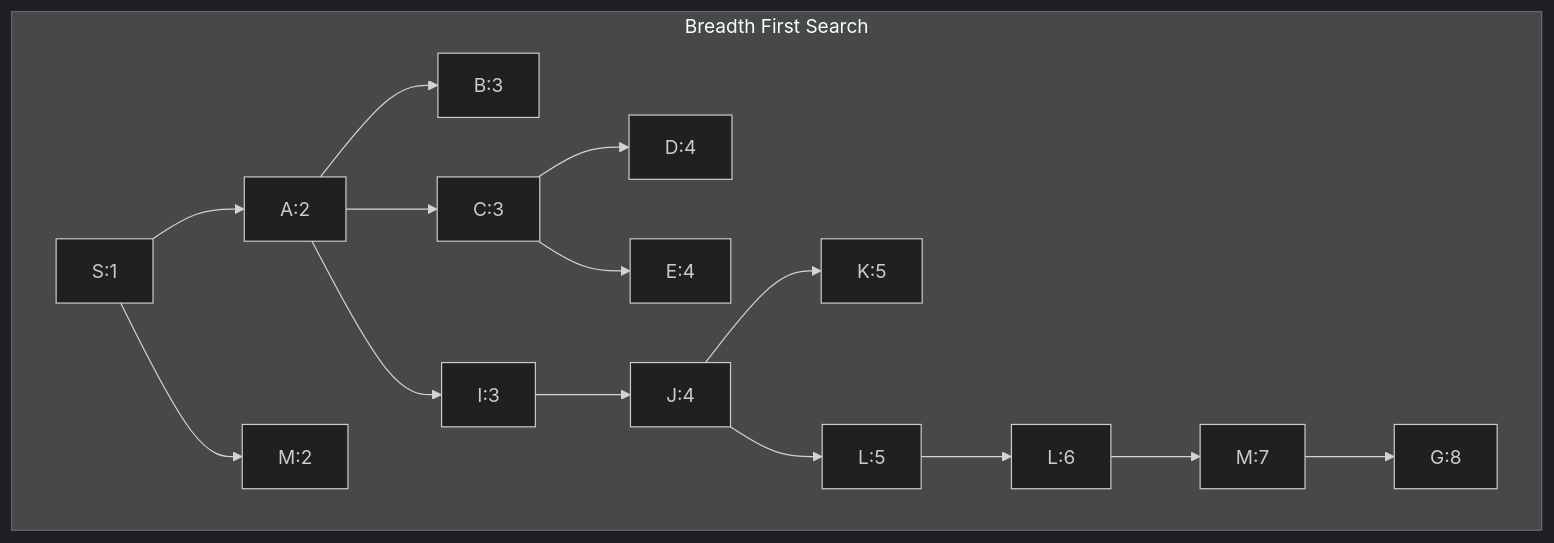
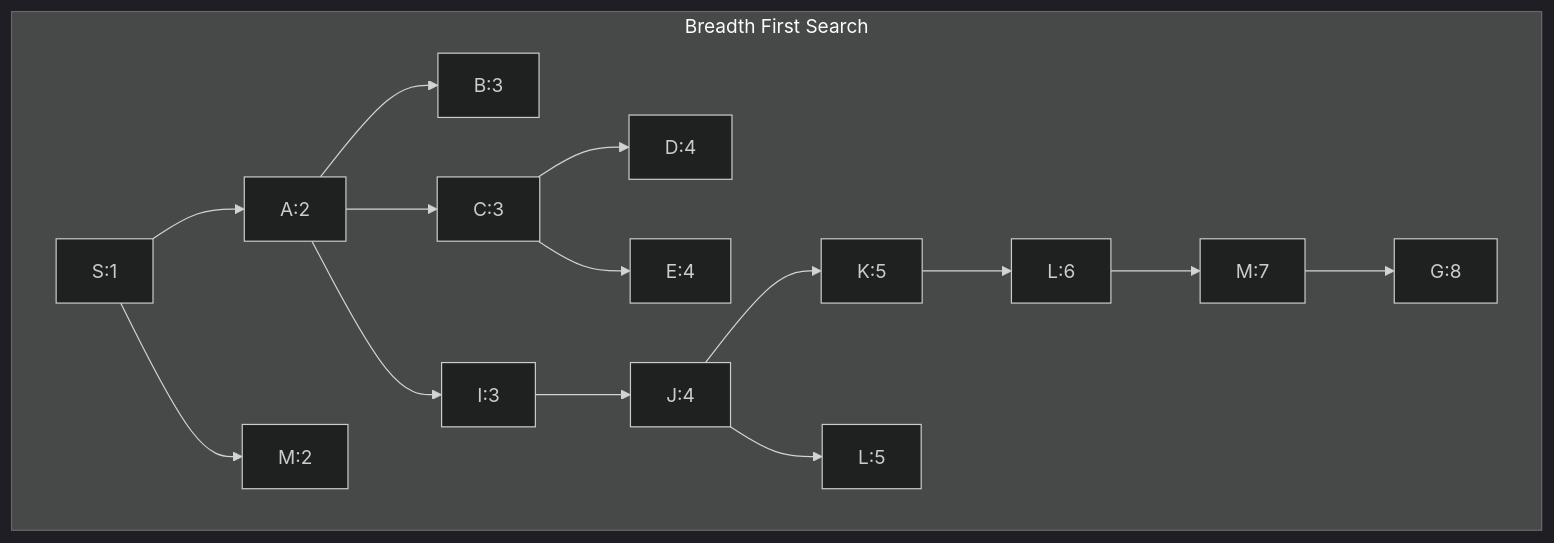
One commit to webJdi/AAI_501_Assignments changed the diagram in BreadthFirstSearch.md. Above: the diagram before and after it, drawn with Mermaid (dark theme). The commit also changed 1 other file, not shown here.

Commit message:
Corrected BFS

```diff
--- a/BreadthFirstSearch.md
+++ b/BreadthFirstSearch.md
@@ -2,34 +2,34 @@
 ::: mermaid
 graph TD
     subgraph "Breadth First Search"
     S1[S:1]
     A1[A:2]
     M1[M:2]
     B1[B:3]
     C1[C:3]
     I1[I:3]
     D1[D:4]
     E1[E:4]
     J1[J:4]
     K1[K:5]
     L11[L:5]
     L21[L:6]
     M21[M:7]
     G1[G:8]
 
     S1 --> A1
     S1 --> M1
     A1 --> B1
     A1 --> C1
     A1 --> I1
     C1 --> D1
     C1 --> E1
     I1 --> J1
     J1 --> K1
     J1 --> L11
-    L11 --> L21
+    K1 --> L21
     L21 --> M21
     M21 --> G1
     end
 
 :::
```
